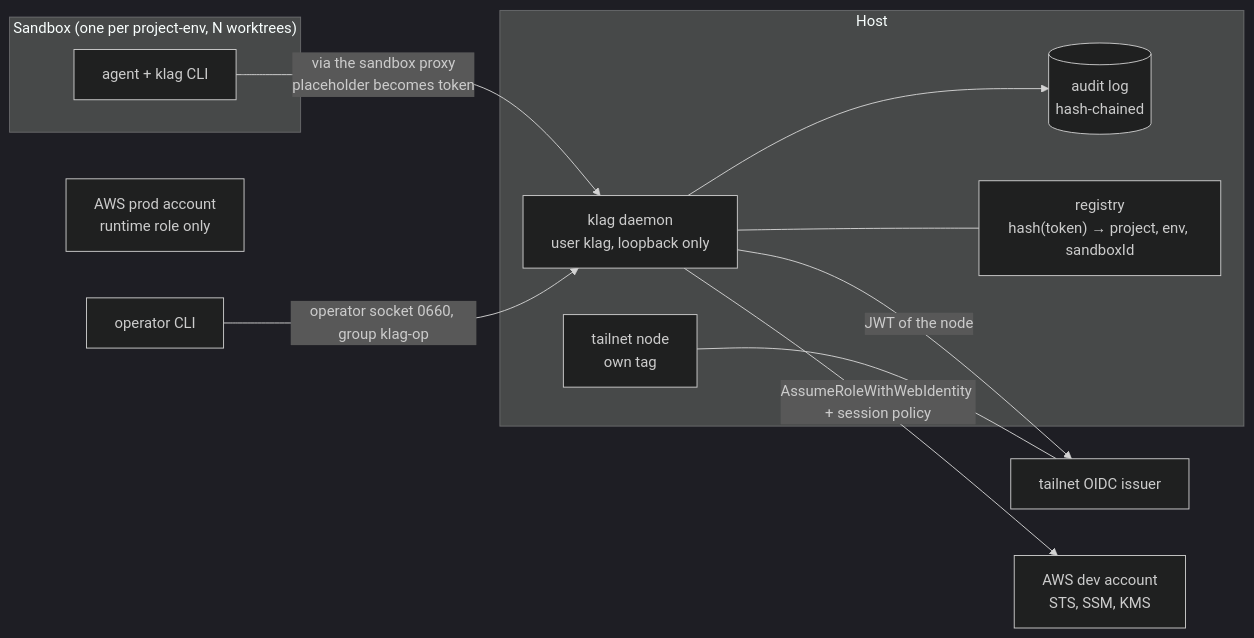
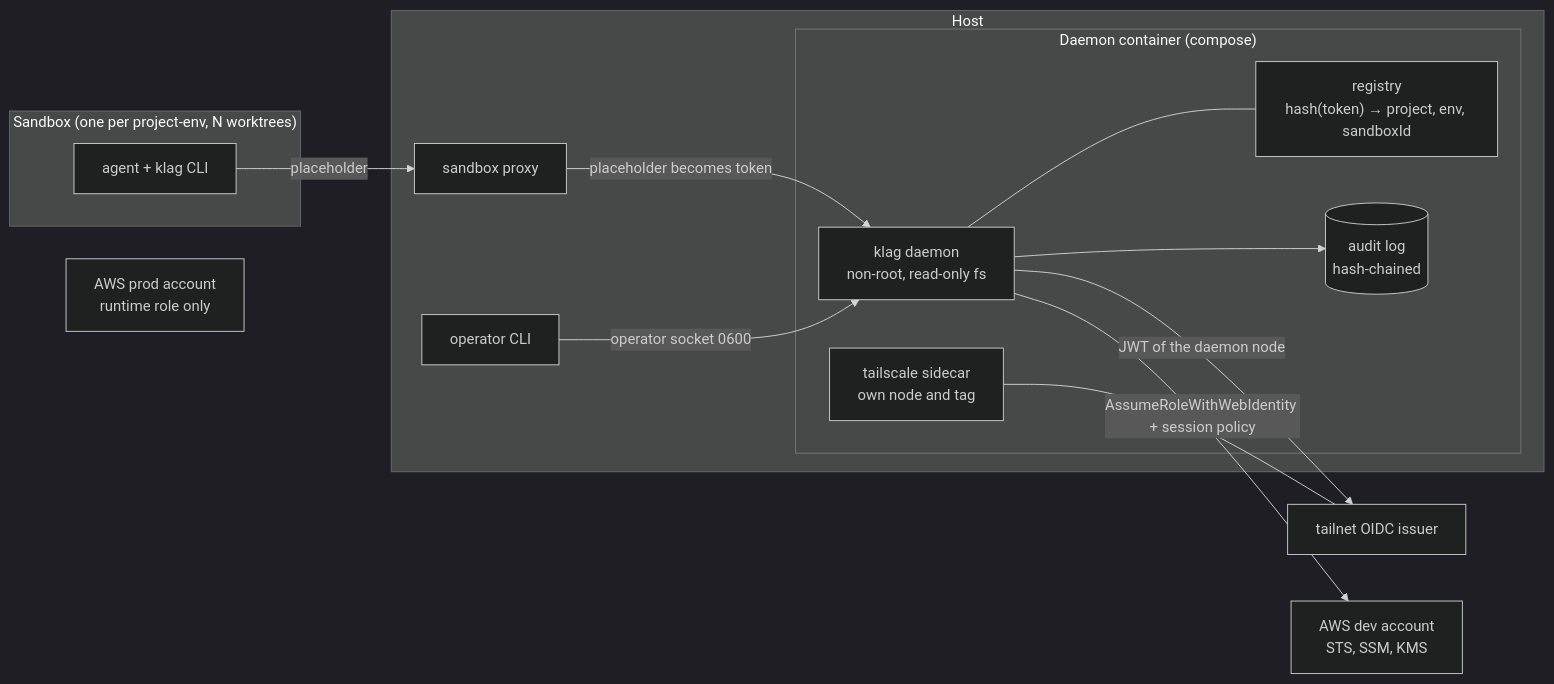
Before and after one commit to solidareasy/keyless-agents: the first of 3 diagrams in SPEC.md, drawn with Mermaid (dark theme). The commit also changed other lines of this file, not shown here.

Commit message:
docs(spec): v4, daemon in a compose container, op setup and remove-all, advisor fixes

````diff
--- a/SPEC.md
+++ b/SPEC.md
@@ -19,21 +20,25 @@
 ```mermaid
 flowchart LR
   subgraph Host
-    D["klag daemon<br/>user klag, loopback only"]
-    L[("audit log<br/>hash-chained")]
-    R["registry<br/>hash(token) → project, env, sandboxId"]
-    N["tailnet node<br/>own tag"]
+    subgraph DC["Daemon container (compose)"]
+      D["klag daemon<br/>non-root, read-only fs"]
+      R["registry<br/>hash(token) → project, env, sandboxId"]
+      L[("audit log<br/>hash-chained")]
+      N["tailscale sidecar<br/>own node and tag"]
+    end
+    PX["sandbox proxy"]
+    OPC["operator CLI"]
   end
   subgraph SB["Sandbox (one per project-env, N worktrees)"]
     AG["agent + klag CLI"]
   end
-  OP["operator CLI"]
-  AG -- "via the sandbox proxy<br/>placeholder becomes token" --> D
-  OP -- "operator socket 0660, group klag-op" --> D
+  AG -- "placeholder" --> PX
+  PX -- "placeholder becomes token" --> D
+  OPC -- "operator socket 0600" --> D
   D --- R
   D --> L
-  D -- "JWT of the node" --> I["tailnet OIDC issuer"]
+  N --- I["tailnet OIDC issuer"]
+  D -- "JWT of the daemon node" --> I
   D -- "AssumeRoleWithWebIdentity + session policy" --> W["AWS dev account<br/>STS, SSM, KMS"]
-  N --- I
   PROD["AWS prod account<br/>runtime role only"]
 ```
````
